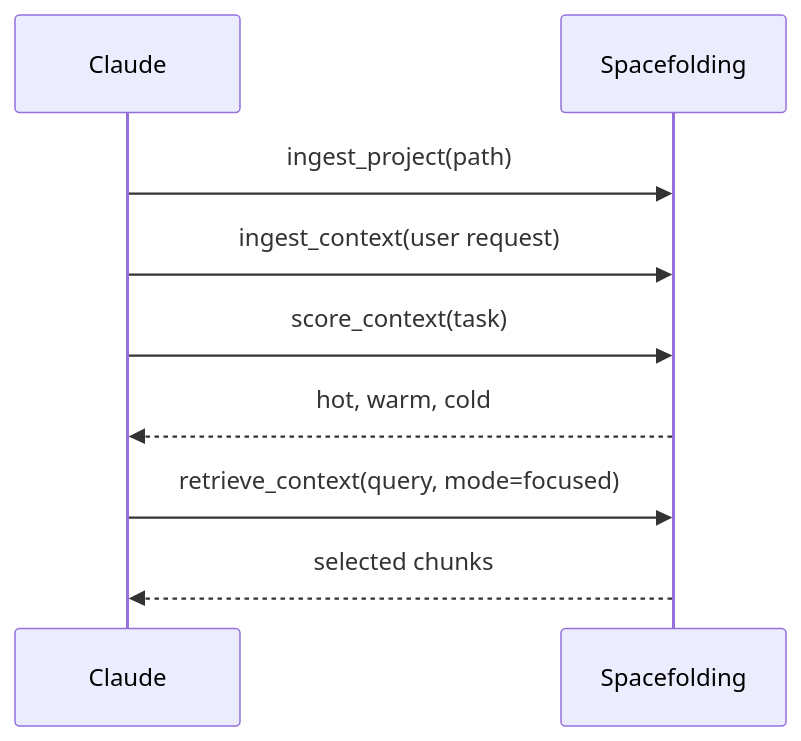
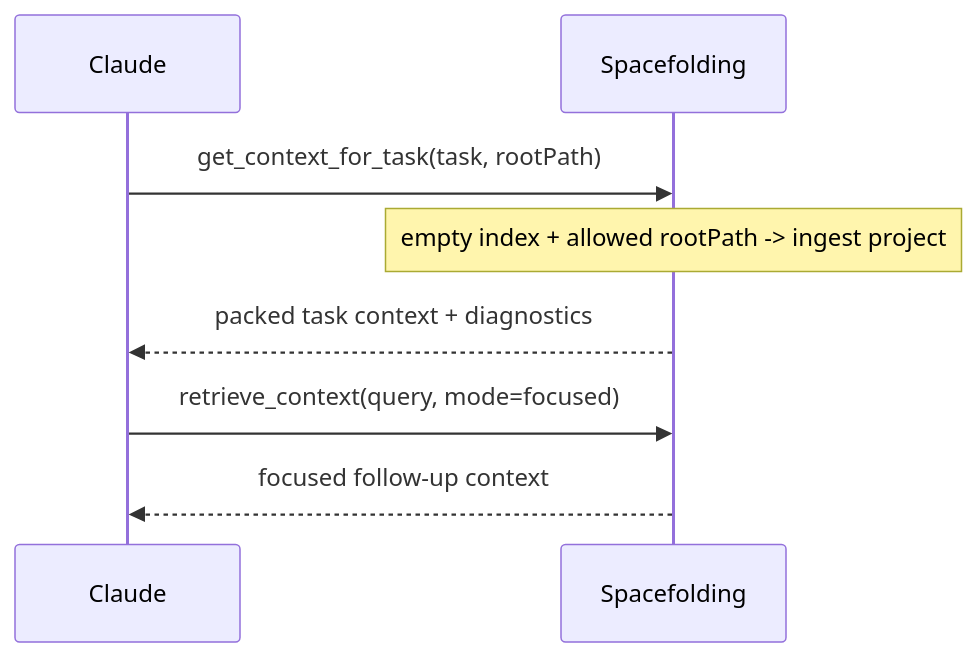
The diagram in docs/integration-guide.md (BColsey/spacefolding), drawn with Mermaid before and after one commit. The commit also changed other lines of this file and 16 other files, not shown here.

````diff
--- a/docs/integration-guide.md
+++ b/docs/integration-guide.md
@@ -122,11 +122,10 @@
 ```mermaid
 sequenceDiagram
   participant Claude
   participant Spacefolding
-  Claude->>Spacefolding: ingest_project(path)
-  Claude->>Spacefolding: ingest_context(user request)
-  Claude->>Spacefolding: score_context(task)
-  Spacefolding-->>Claude: hot, warm, cold
+  Claude->>Spacefolding: get_context_for_task(task, rootPath)
+  note over Spacefolding: empty index + allowed rootPath -> ingest project
+  Spacefolding-->>Claude: packed task context + diagnostics
   Claude->>Spacefolding: retrieve_context(query, mode=focused)
-  Spacefolding-->>Claude: selected chunks
+  Spacefolding-->>Claude: focused follow-up context
 ```
````
